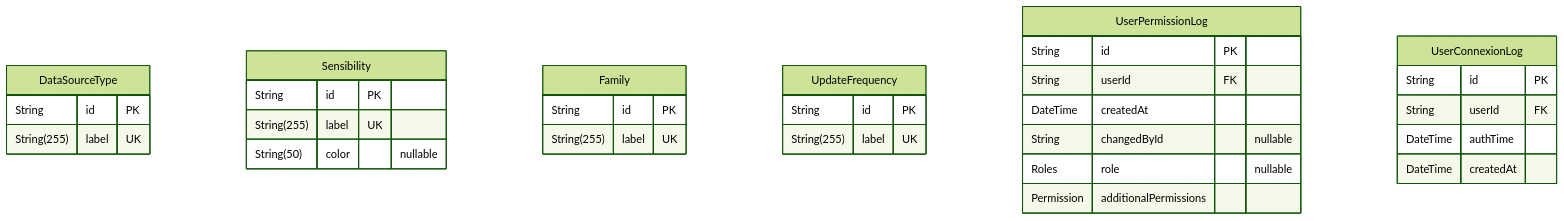
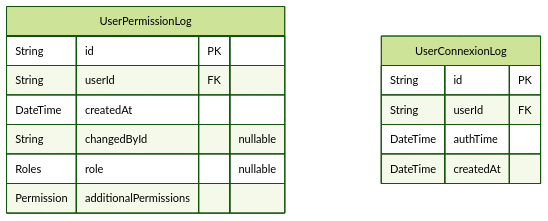
One commit to dnum-mi/referentiel-applications changed diagram 13 of 13 in backend/prisma/docs/schema.md. Above: the diagram before and after it, drawn with Mermaid (forest theme). The commit also changed other lines of this file and 40 other files, not shown here.

````diff
--- a/backend/prisma/docs/schema.md
+++ b/backend/prisma/docs/schema.md
@@ -847,34 +948,17 @@
 ```mermaid
 erDiagram
-"DataSourceType" {
-  String id PK
-  String(255) label UK
-}
-"Sensibility" {
-  String id PK
-  String(255) label UK
-  String(50) color "nullable"
-}
-"Family" {
-  String id PK
-  String(255) label UK
-}
-"UpdateFrequency" {
-  String id PK
-  String(255) label UK
-}
 "UserPermissionLog" {
   String id PK
   String userId FK
   DateTime createdAt
   String changedById "nullable"
   Roles role "nullable"
   Permission additionalPermissions
 }
 "UserConnexionLog" {
   String id PK
   String userId FK
   DateTime authTime
   DateTime createdAt
 }
 ```
````
